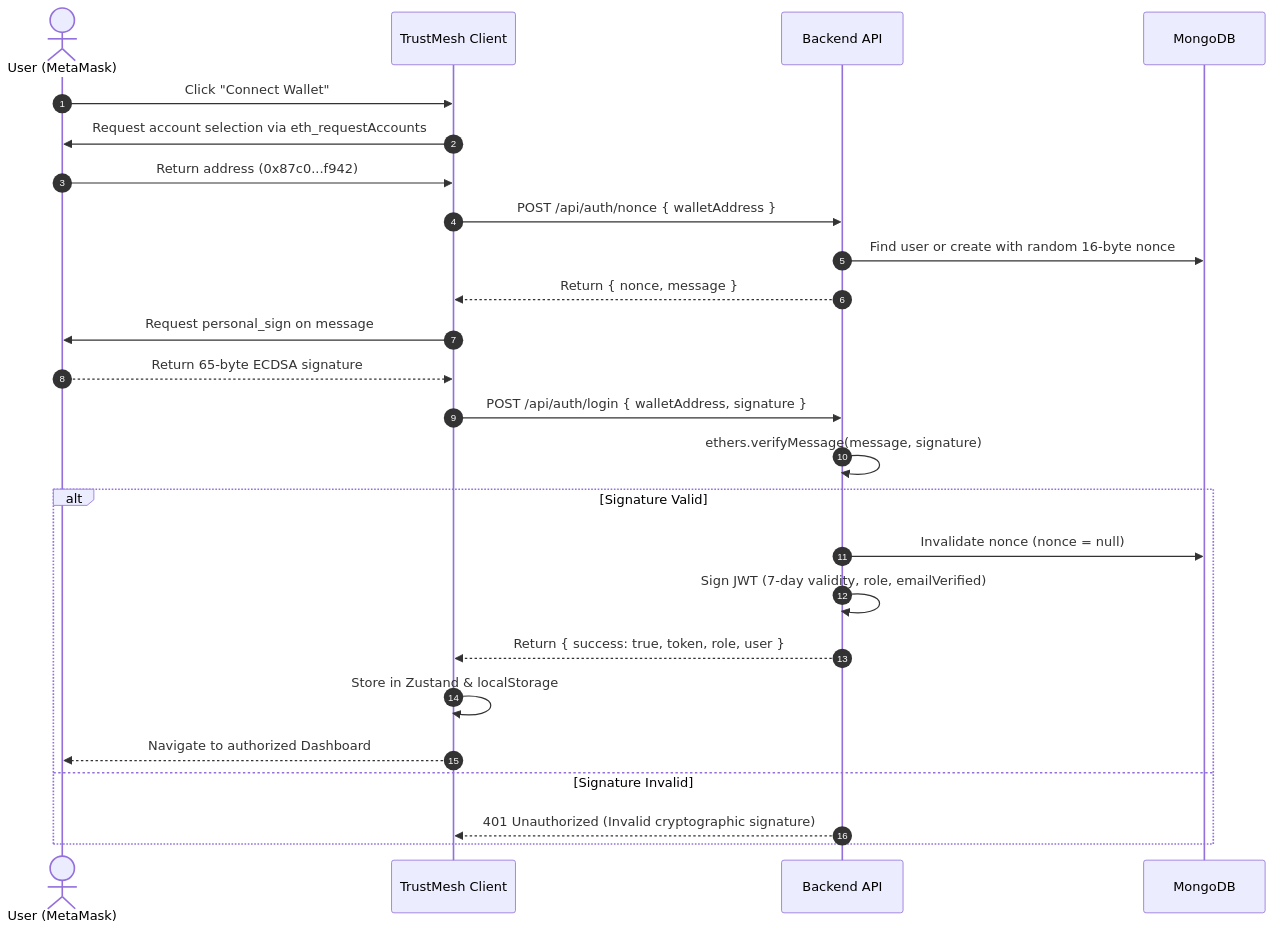
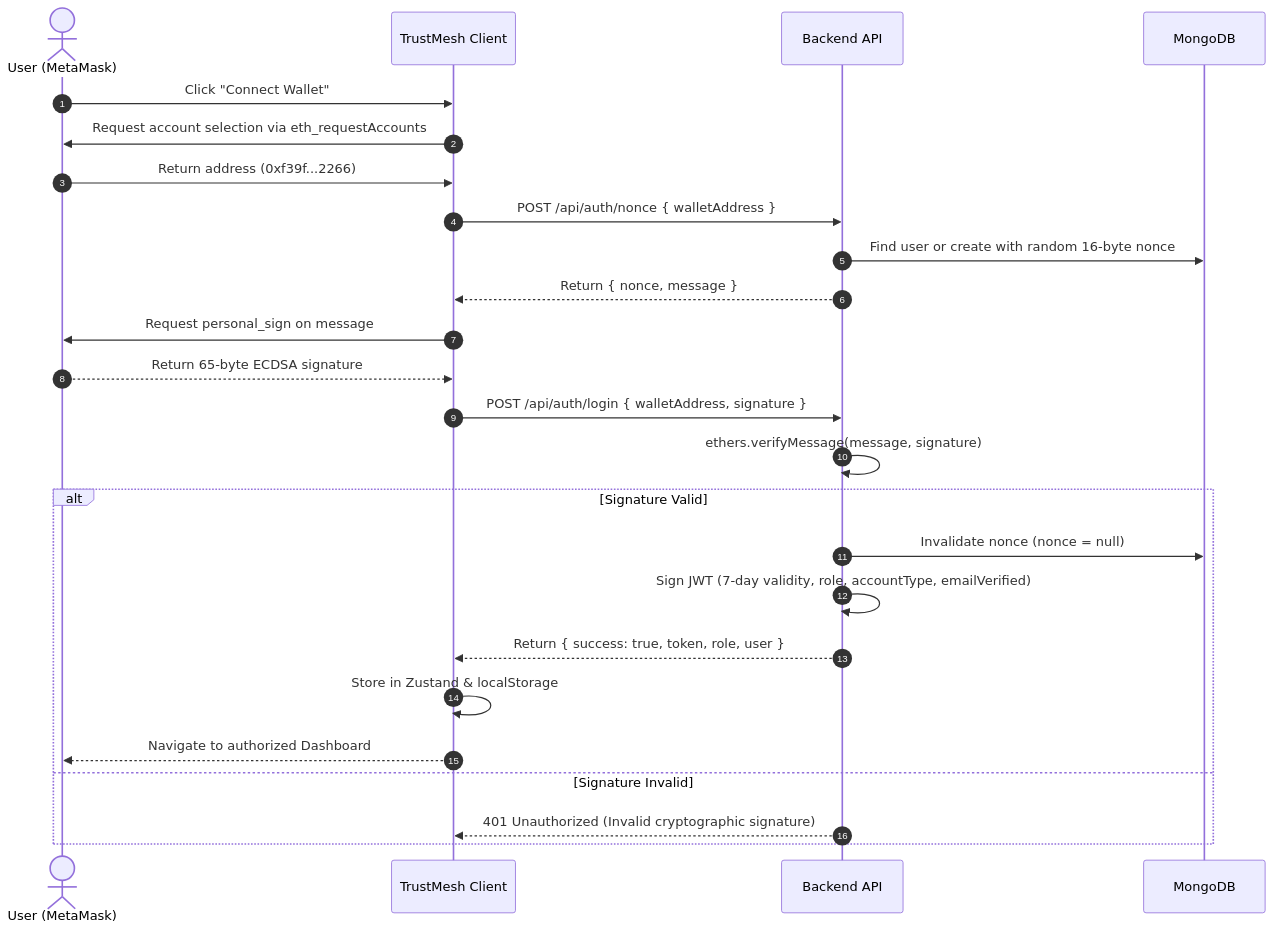
One commit to Git-Octopus/TRUSTMESH changed the second of 3 diagrams in README.md. Above: the diagram before and after it, drawn with Mermaid. The commit also changed other lines of this file and 33 other files, not shown here.

````diff
--- a/README.md
+++ b/README.md
@@ -95,28 +105,28 @@
 ```mermaid
 sequenceDiagram
     autonumber
     actor User as User (MetaMask)
     participant Client as TrustMesh Client
     participant API as Backend API
     participant DB as MongoDB
 
     User->>Client: Click "Connect Wallet"
     Client->>User: Request account selection via eth_requestAccounts
-    User->>Client: Return address (0x87c0...f942)
+    User->>Client: Return address (0xf39f...2266)
     Client->>API: POST /api/auth/nonce { walletAddress }
     API->>DB: Find user or create with random 16-byte nonce
     API-->>Client: Return { nonce, message }
     Client->>User: Request personal_sign on message
     User-->>Client: Return 65-byte ECDSA signature
     Client->>API: POST /api/auth/login { walletAddress, signature }
     API->>API: ethers.verifyMessage(message, signature)
     alt Signature Valid
         API->>DB: Invalidate nonce (nonce = null)
-        API->>API: Sign JWT (7-day validity, role, emailVerified)
+        API->>API: Sign JWT (7-day validity, role, accountType, emailVerified)
         API-->>Client: Return { success: true, token, role, user }
         Client->>Client: Store in Zustand & localStorage
         Client-->>User: Navigate to authorized Dashboard
     else Signature Invalid
         API-->>Client: 401 Unauthorized (Invalid cryptographic signature)
     end
 ```
````
